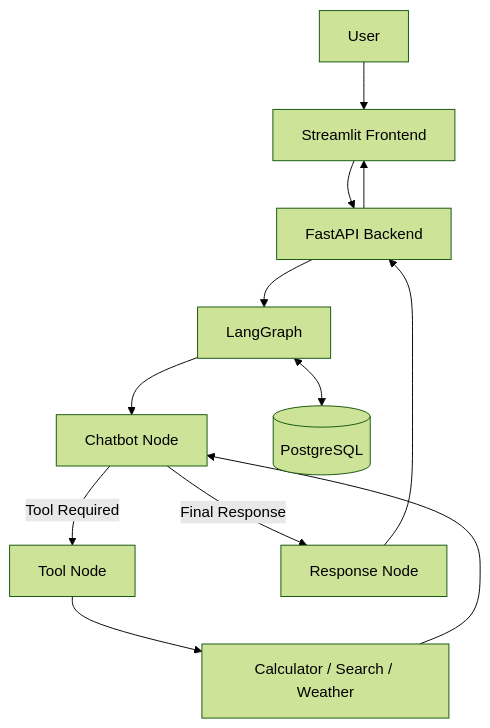
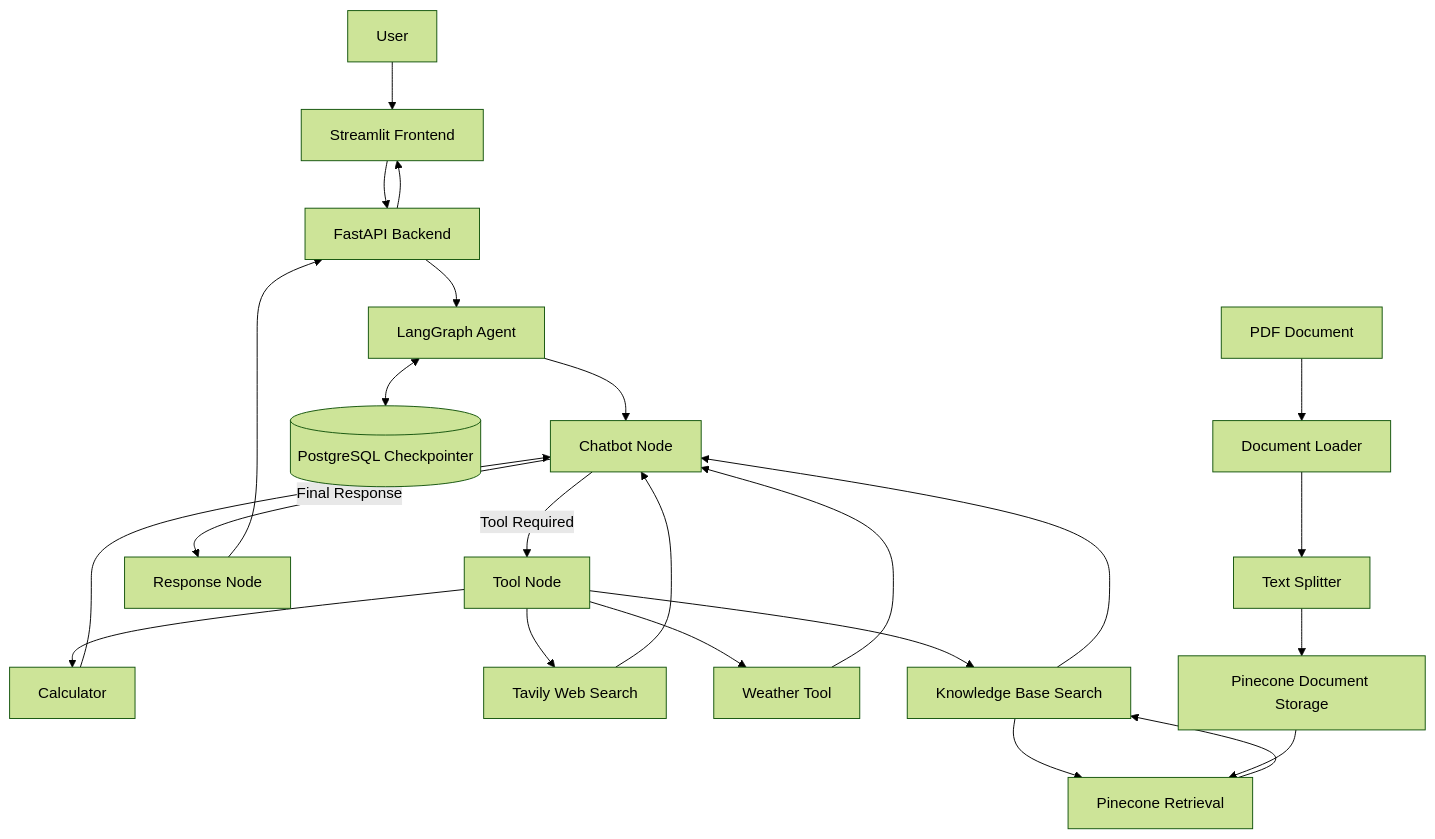
The diagram in README.md (ThimiraDon/agentic-chatbot), drawn with Mermaid (forest theme) before and after one commit. The commit also changed other lines of this file, not shown here.

````diff
--- a/README.md
+++ b/README.md
@@ -32,14 +41,31 @@
 ```mermaid
 flowchart TD
     A[User] --> B[Streamlit Frontend]
     B --> C[FastAPI Backend]
-    C --> D[LangGraph]
+    C --> D[LangGraph Agent]
+
     D --> E[Chatbot Node]
     E -->|Tool Required| F[Tool Node]
-    F --> G[Calculator / Search / Weather]
+    F --> G[Calculator]
+    F --> H[Tavily Web Search]
+    F --> I[Weather Tool]
+    F --> J[Knowledge Base Search]
+
+    J --> K[Pinecone Retrieval]
+    K --> J
     G --> E
-    E -->|Final Response| H[Response Node]
-    H --> C
+    H --> E
+    I --> E
+    J --> E
+
+    E -->|Final Response| L[Response Node]
+    L --> C
     C --> B
-    D <--> I[(PostgreSQL)]
+
+    D <--> M[(PostgreSQL Checkpointer)]
+
+    N[PDF Document] --> O[Document Loader]
+    O --> P[Text Splitter]
+    P --> Q[Pinecone Document Storage]
+    Q --> K
 ```
````
